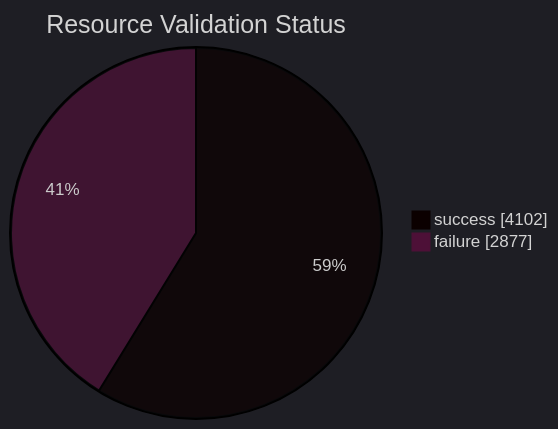
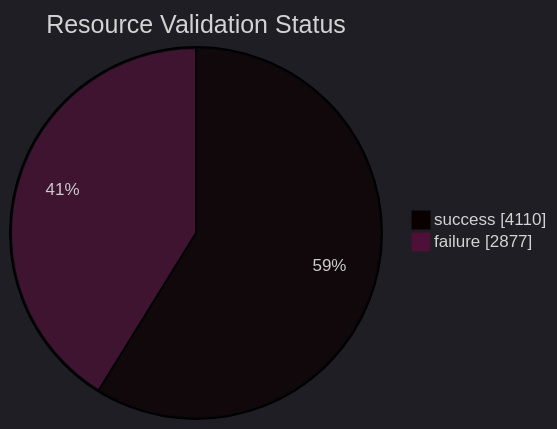
One commit to open-data/analytics-corporate-reporting changed the diagram in datastore_tracker/resource_validation_status_pie_chart.md. Above: the diagram before and after it, drawn with Mermaid. The commit also changed 7 other files, not shown here.

````diff
--- a/datastore_tracker/resource_validation_status_pie_chart.md
+++ b/datastore_tracker/resource_validation_status_pie_chart.md
@@ -2,9 +2,9 @@
 ```mermaid
 ---
 config:
   theme: dark
 ---
 pie showData title Resource Validation Status
-    "success": 4102
+    "success": 4110
     "failure": 2877
 ```
````
